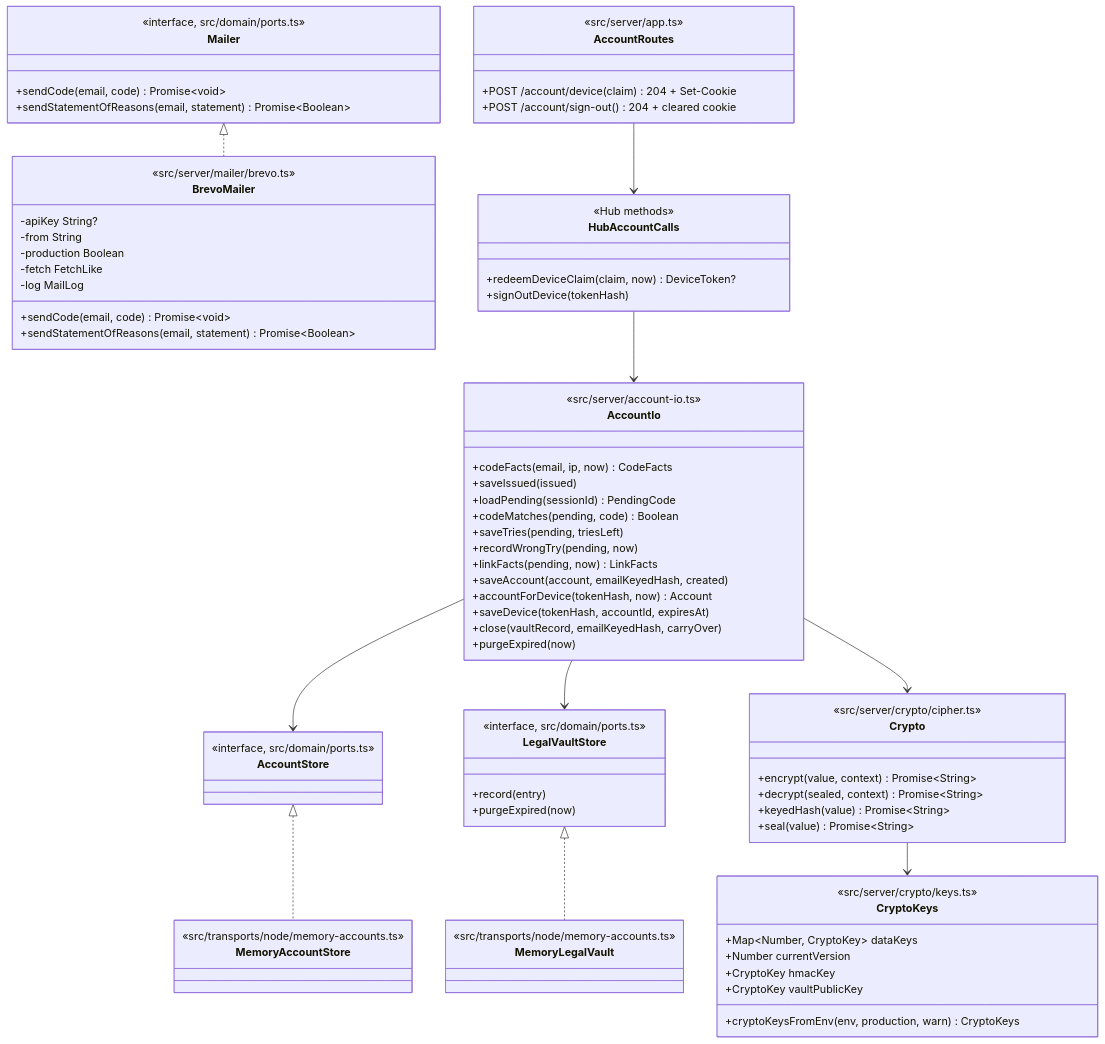
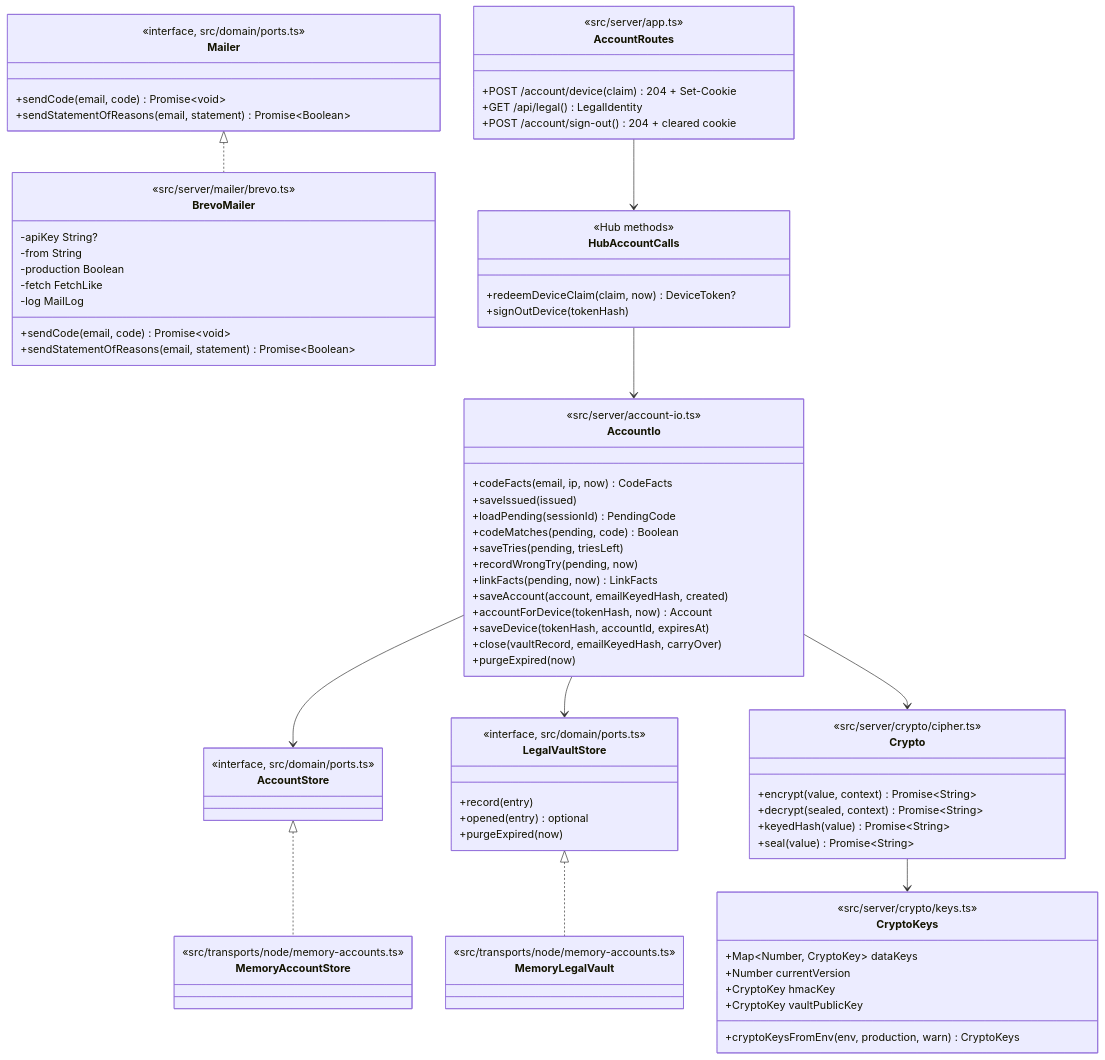
The diagram in docs/architecture/diagrams/platform/04d-class-mailer-crypto-account-routes.md (benoit-bremaud/asv), drawn with Mermaid before and after one commit. The commit also changed other lines of this file and 26 other files, not shown here.

```diff
--- a/docs/architecture/diagrams/platform/04d-class-mailer-crypto-account-routes.md
+++ b/docs/architecture/diagrams/platform/04d-class-mailer-crypto-account-routes.md
@@ -51,6 +51,7 @@
   class LegalVaultStore {
     <<interface, src/domain/ports.ts>>
     +record(entry)
+    +opened(entry) optional
     +purgeExpired(now)
   }
   class MemoryAccountStore {
@@ -77,6 +78,7 @@
   class AccountRoutes {
     <<src/server/app.ts>>
     +POST /account/device(claim) 204 + Set-Cookie
+    +GET /api/legal() LegalIdentity
     +POST /account/sign-out() 204 + cleared cookie
   }
   class HubAccountCalls {
```
